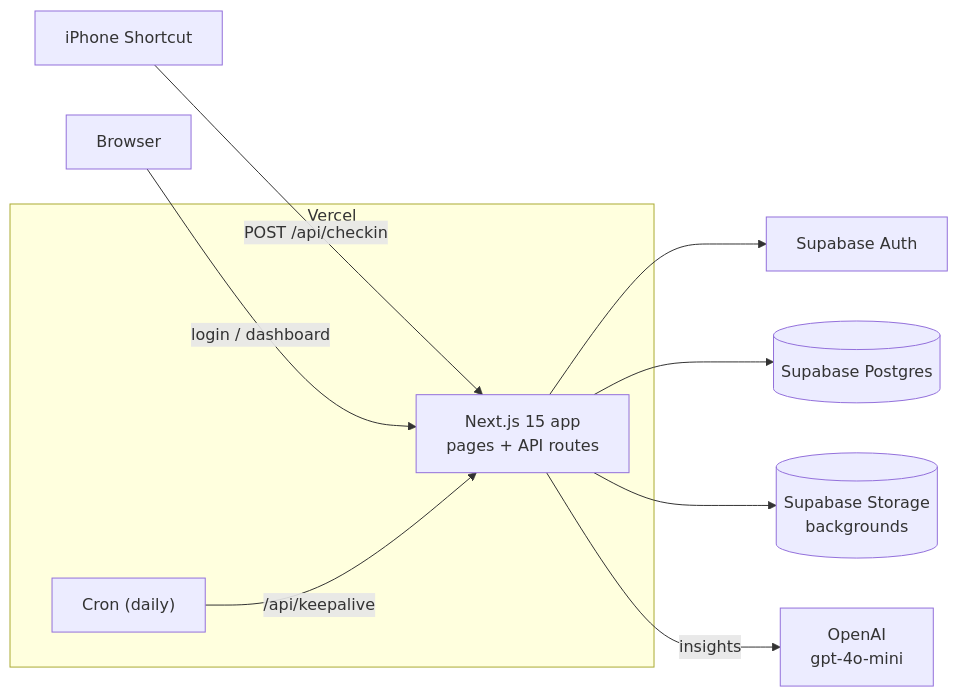
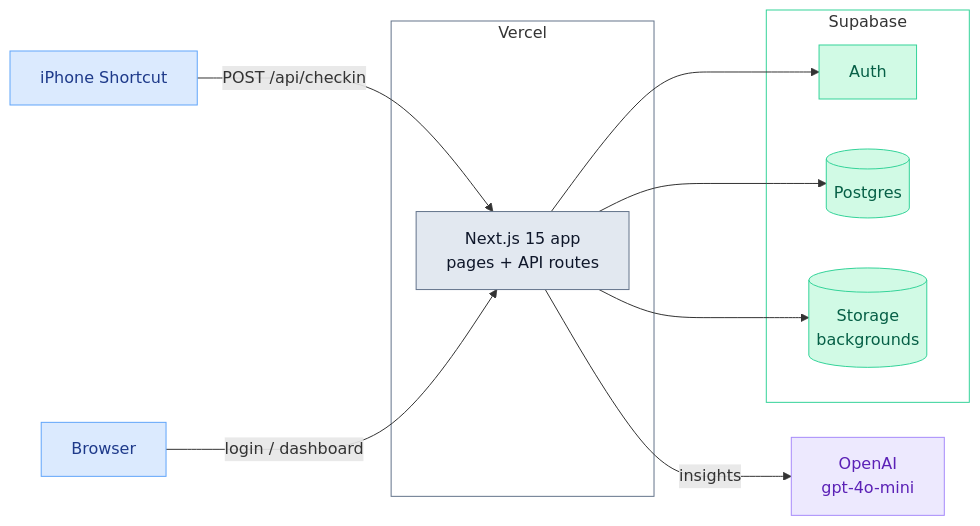
The first of 2 diagrams in README.md (dhu2022-dev/mental-health-checkin), drawn with Mermaid before and after one commit. The commit also changed other lines of this file, not shown here.

Commit message:
Style Readme

````diff
--- a/README.md
+++ b/README.md
@@ -11,15 +9,33 @@
 ```mermaid
 flowchart LR
     shortcut["iPhone Shortcut"] -->|"POST /api/checkin"| app
     browser["Browser"] -->|"login / dashboard"| app
 
     subgraph vercel["Vercel"]
         app["Next.js 15 app<br/>pages + API routes"]
-        cron["Cron (daily)"] -->|"/api/keepalive"| app
     end
 
-    app --> auth["Supabase Auth"]
-    app --> db[("Supabase Postgres")]
-    app --> bucket[("Supabase Storage<br/>backgrounds")]
+    subgraph supabase["Supabase"]
+        auth["Auth"]
+        db[("Postgres")]
+        bucket[("Storage<br/>backgrounds")]
+    end
+
+    app --> auth
+    app --> db
+    app --> bucket
     app -->|"insights"| openai["OpenAI<br/>gpt-4o-mini"]
+
+    classDef client fill:#dbeafe,stroke:#60a5fa,color:#1e3a8a
+    classDef app fill:#e2e8f0,stroke:#64748b,color:#0f172a
+    classDef supa fill:#d1fae5,stroke:#34d399,color:#065f46
+    classDef ai fill:#ede9fe,stroke:#a78bfa,color:#5b21b6
+
+    class shortcut,browser client
+    class app app
+    class auth,db,bucket supa
+    class openai ai
+
+    style vercel fill:none,stroke:#64748b
+    style supabase fill:none,stroke:#34d399
 ```
````
